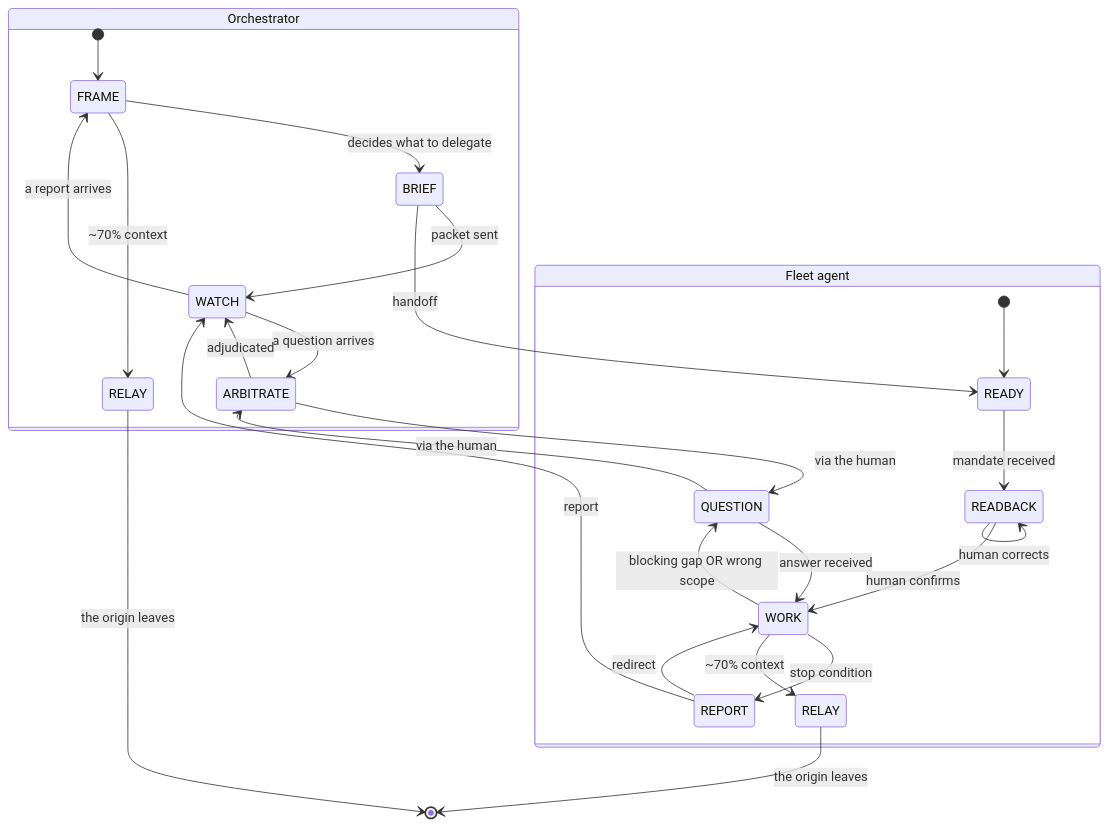
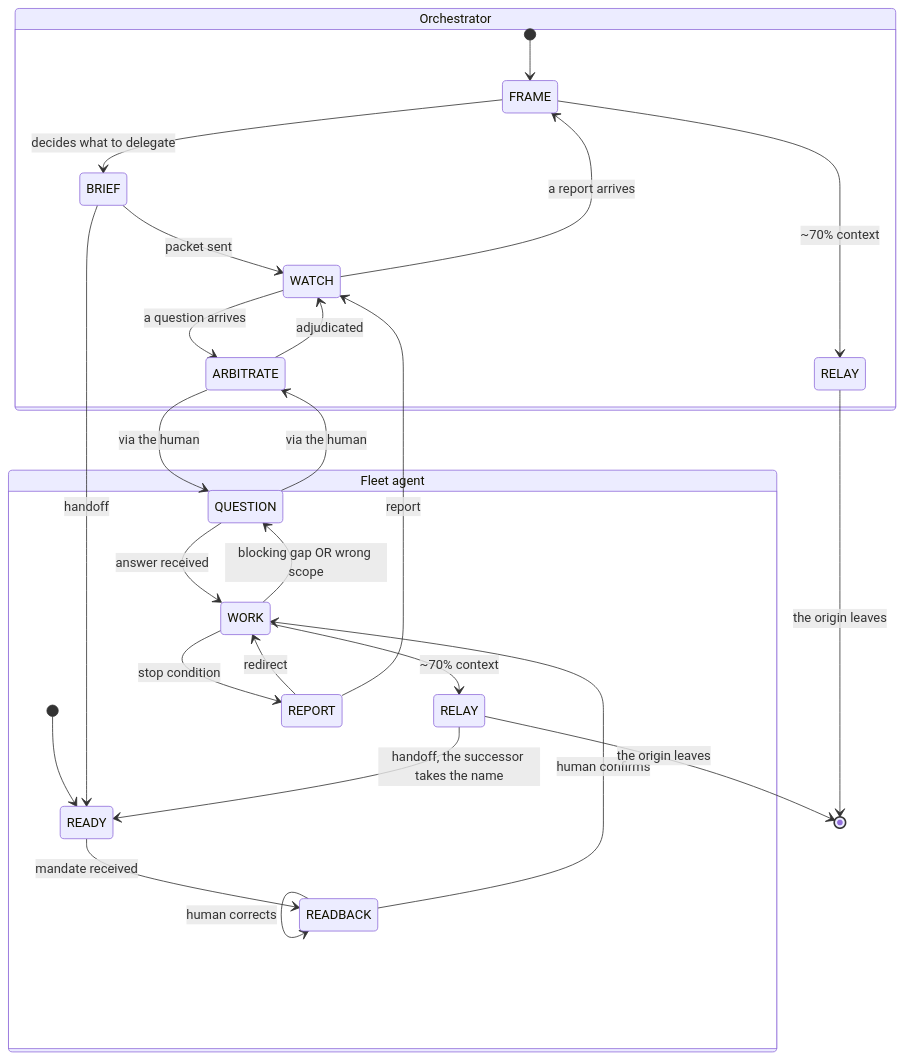
Before and after one commit to digital-stoic-org/agent-skills: the diagram in team/references/protocol.md, drawn with Mermaid. The commit also changed other lines of this file and 6 other files, not shown here.

````diff
--- a/team/references/protocol.md
+++ b/team/references/protocol.md
@@ -158,31 +177,32 @@
 ```mermaid
 stateDiagram-v2
     state "Orchestrator" as ORCH {
         state "RELAY" as RELAY_O
         [*] --> FRAME
         FRAME --> BRIEF : decides what to delegate
         BRIEF --> WATCH : packet sent
         WATCH --> ARBITRATE : a question arrives
         ARBITRATE --> WATCH : adjudicated
         WATCH --> FRAME : a report arrives
         FRAME --> RELAY_O : ~70% context
     }
     state "Fleet agent" as FLEET {
         state "RELAY" as RELAY_F
         [*] --> READY
         READY --> READBACK : mandate received
         READBACK --> READBACK : human corrects
         READBACK --> WORK : human confirms
         WORK --> QUESTION : blocking gap OR wrong scope
         QUESTION --> WORK : answer received
         WORK --> REPORT : stop condition
         REPORT --> WORK : redirect
         WORK --> RELAY_F : ~70% context
     }
     BRIEF --> READY : handoff
+    RELAY_F --> READY : handoff, the successor takes the name
     REPORT --> WATCH : report
     QUESTION --> ARBITRATE : via the human
     ARBITRATE --> QUESTION : via the human
     RELAY_O --> [*] : the origin leaves
     RELAY_F --> [*] : the origin leaves
 ```
````
